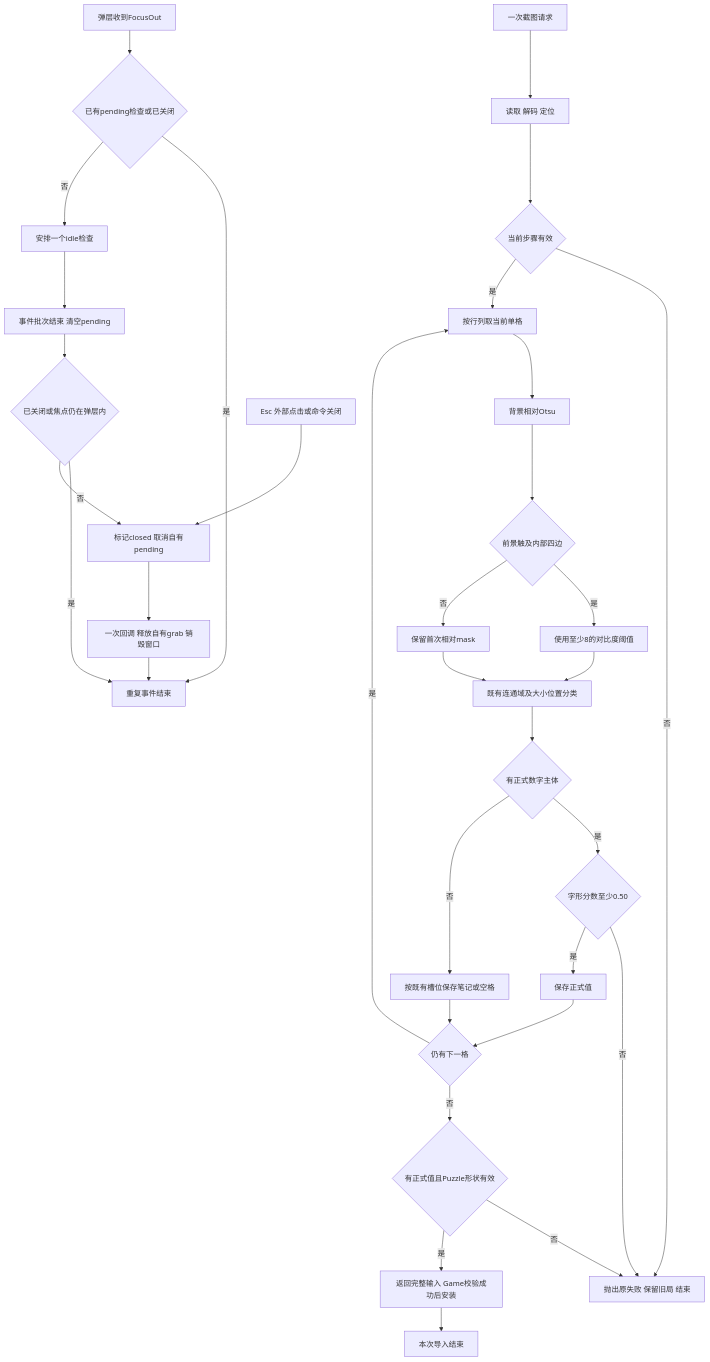
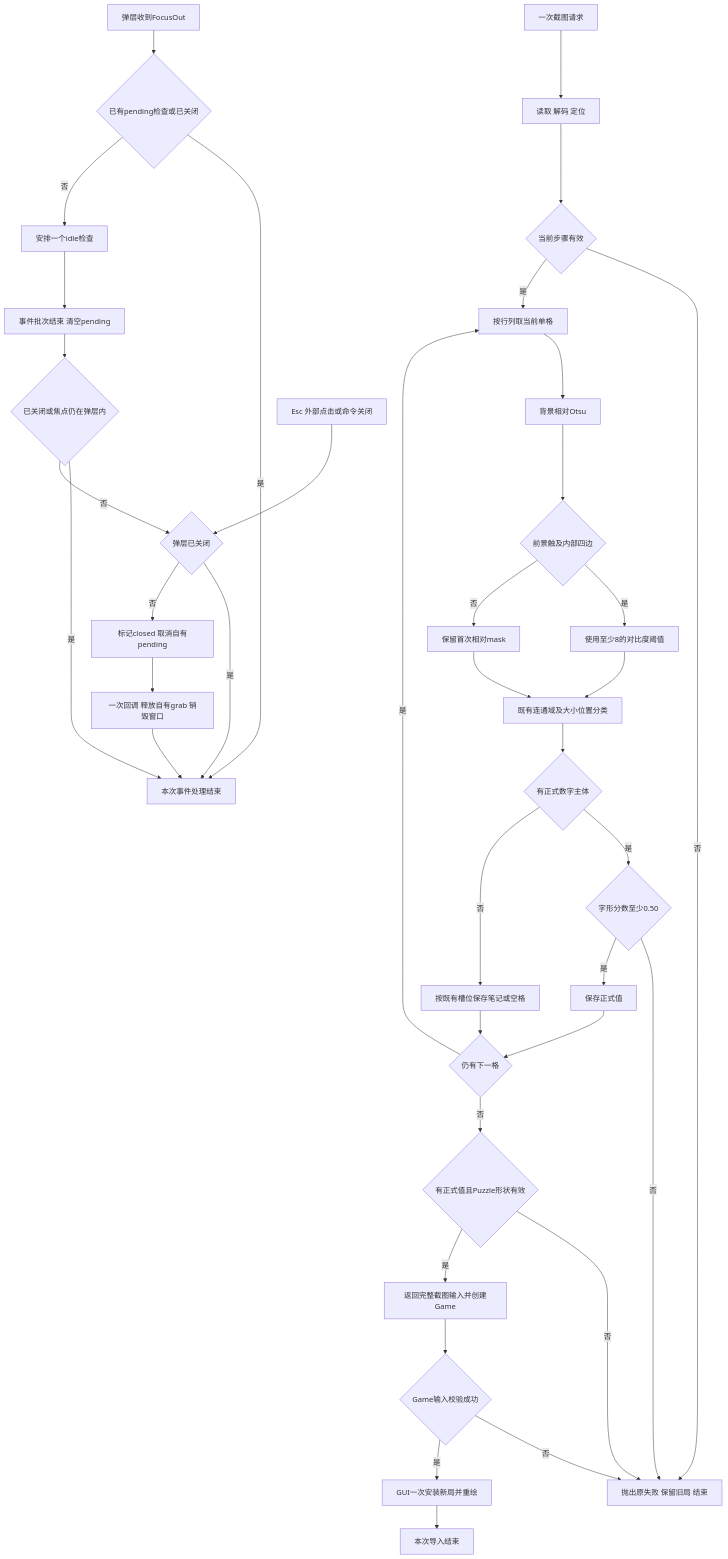
Before and after one commit to jaried/shudu: the third of 3 diagrams in docs/01_sprint记录/sprint01/00-联合方案决策/2026-10-07/截图导入联合方案决策草案.md, drawn with Mermaid. The commit also changed other lines of this file and 2 other files, not shown here.

````diff
--- a/docs/01_sprint记录/sprint01/00-联合方案决策/2026-10-07/截图导入联合方案决策草案.md
+++ b/docs/01_sprint记录/sprint01/00-联合方案决策/2026-10-07/截图导入联合方案决策草案.md
@@ -269,35 +286,40 @@
 ```mermaid
 flowchart TD
   A[一次截图请求] --> B[读取 解码 定位]
   B --> C{当前步骤有效}
   C -- 否 --> X[抛出原失败 保留旧局 结束]
   C -- 是 --> D[按行列取当前单格]
   D --> E[背景相对Otsu]
   E --> F{前景触及内部四边}
   F -- 是 --> G[使用至少8的对比度阈值]
   F -- 否 --> H[保留首次相对mask]
   G --> I[既有连通域及大小位置分类]
   H --> I
   I --> J{有正式数字主体}
   J -- 是 --> K{字形分数至少0.50}
   K -- 否 --> X
   K -- 是 --> L[保存正式值]
   J -- 否 --> M[按既有槽位保存笔记或空格]
   L --> N{仍有下一格}
   M --> N
   N -- 是 --> D
   N -- 否 --> O{有正式值且Puzzle形状有效}
   O -- 否 --> X
-  O -- 是 --> P[返回完整输入 Game校验成功后安装]
-  P --> Z[本次导入结束]
+  O -- 是 --> P[返回完整截图输入并创建Game]
+  P --> PP{Game输入校验成功}
+  PP -- 否 --> X
+  PP -- 是 --> GG[GUI一次安装新局并重绘]
+  GG --> Z[本次导入结束]
   Q[弹层收到FocusOut] --> R{已有pending检查或已关闭}
-  R -- 是 --> T[重复事件结束]
+  R -- 是 --> T[本次事件处理结束]
   R -- 否 --> S[安排一个idle检查]
   S --> AA[事件批次结束 清空pending]
   AA --> BB{已关闭或焦点仍在弹层内}
   BB -- 是 --> T
-  BB -- 否 --> CC[标记closed 取消自有pending]
-  EE[Esc 外部点击或命令关闭] --> CC
+  BB -- 否 --> RR{弹层已关闭}
+  EE[Esc 外部点击或命令关闭] --> RR
+  RR -- 是 --> T
+  RR -- 否 --> CC[标记closed 取消自有pending]
   CC --> DD[一次回调 释放自有grab 销毁窗口]
   DD --> T
 ```
````
